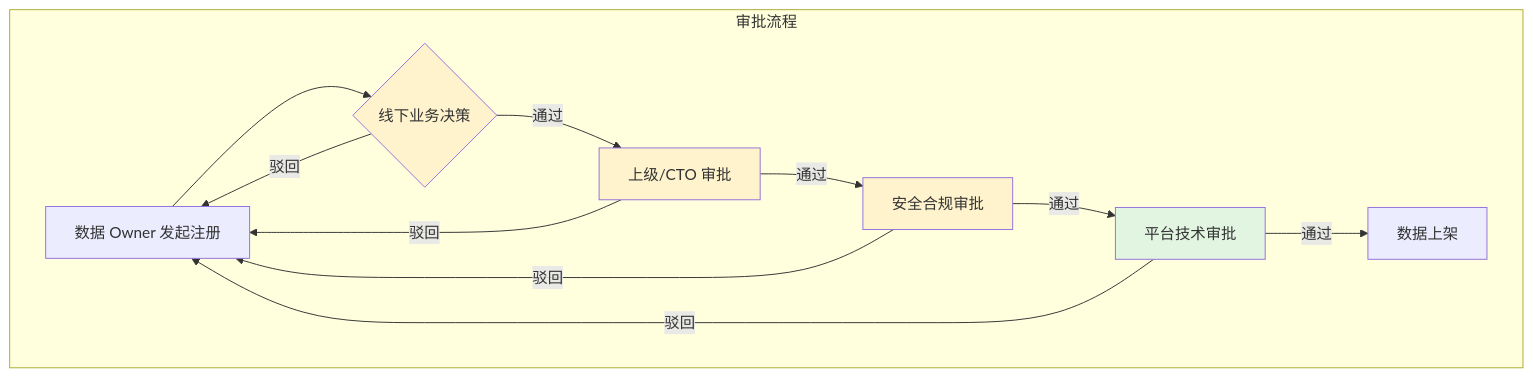
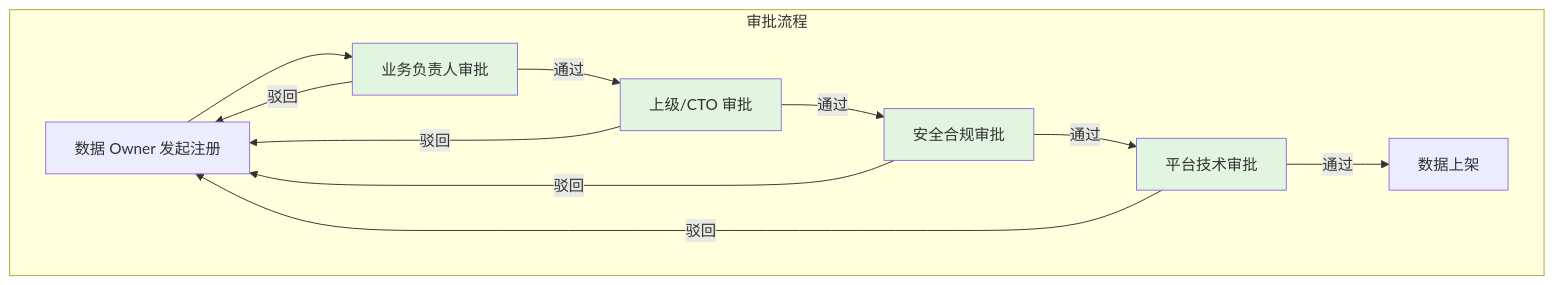
One commit to THZSummer/Product changed the tenth of 10 diagrams in open-app/.specs/feature-session-001/discovery-report.md. Above: the diagram before and after it, drawn with Mermaid. The commit also changed other lines of this file, not shown here.

````diff
--- a/open-app/.specs/feature-session-001/discovery-report.md
+++ b/open-app/.specs/feature-session-001/discovery-report.md
@@ -385,26 +389,26 @@
 ```mermaid
 graph TB
     subgraph 审批流程
         A[数据 Owner 发起注册]
-        B{线下业务决策}
+        B[业务负责人审批]
         C[上级/CTO 审批]
         D[安全合规审批]
         E[平台技术审批]
         F[数据上架]
     end
     
     A --> B
     B -->|通过 | C
     B -->|驳回 | A
     C -->|通过 | D
     C -->|驳回 | A
     D -->|通过 | E
     D -->|驳回 | A
     E -->|通过 | F
     E -->|驳回 | A
     
-    style B fill:#fff3cd
-    style C fill:#fff3cd
-    style D fill:#fff3cd
+    style B fill:#e1f5e1
+    style C fill:#e1f5e1
+    style D fill:#e1f5e1
     style E fill:#e1f5e1
 ```
````
